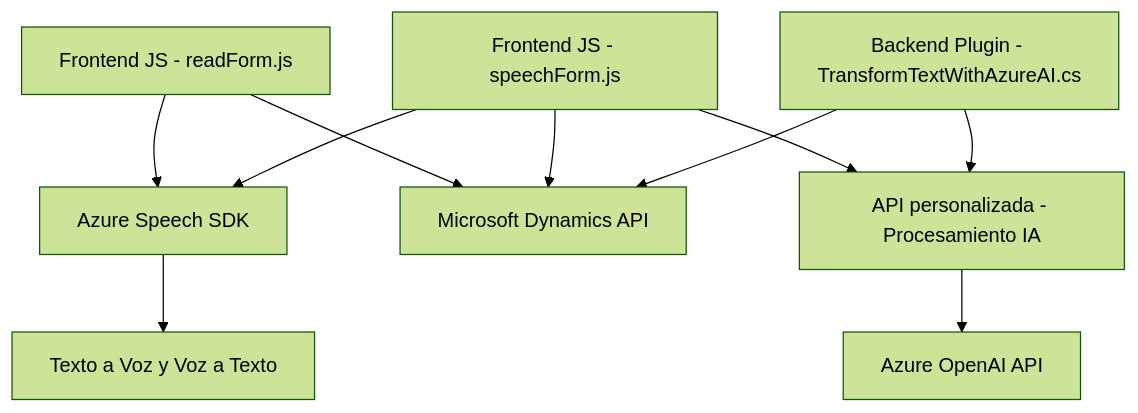
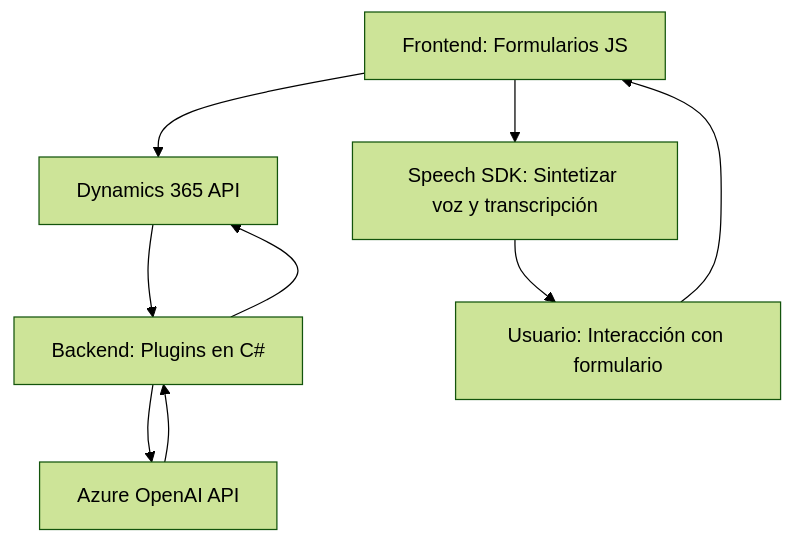
The diagram in README.md (blopezdm/NETCORE_BILBAO2025), drawn with Mermaid (forest theme) before and after one commit. The commit also changed other lines of this file, not shown here.

Commit message:
Actualizar análisis global de la solución con IA

````diff
--- a/README.md
+++ b/README.md
@@ -51,12 +43,19 @@
 ```mermaid
 graph TD
-    A["Frontend JS - readForm.js"] --> B["Azure Speech SDK"]
-    A["Frontend JS - readForm.js"] --> C["Microsoft Dynamics - FormContext"]
-    D["Frontend JS - speechForm.js"] --> B["Azure Speech SDK"]
-    D["Frontend JS - speechForm.js"] --> C["Microsoft Dynamics - FormContext"]
-    D["Frontend JS - speechForm.js"] --> E["API personalizada - Procesamiento IA"]
-    F["Backend Plugin - TransformTextWithAzureAI.cs"] --> E["API personalizada - Procesamiento IA"]
-    F["Backend Plugin - TransformTextWithAzureAI.cs"] --> C["Microsoft Dynamics API"]
-    E["API personalizada - Procesamiento IA"] --> G["Azure OpenAI API"]
-    B["Azure Speech SDK"] --> H["Texto a Voz y Voz a Texto"]
+    A["Frontend: Formularios JS"]
+    B["Speech SDK: Sintetizar voz y transcripción"]
+    C["Dynamics 365 API"]
+    D["Backend: Plugins en C#"]
+    E["Azure OpenAI API"]
+    F["Usuario: Interacción con formulario"]
+
+    F --> A
+    A --> B
+    A --> C
+    B --> F
+
+    C --> D
+    D --> E
+    E --> D
+    D --> C
 ```
````
